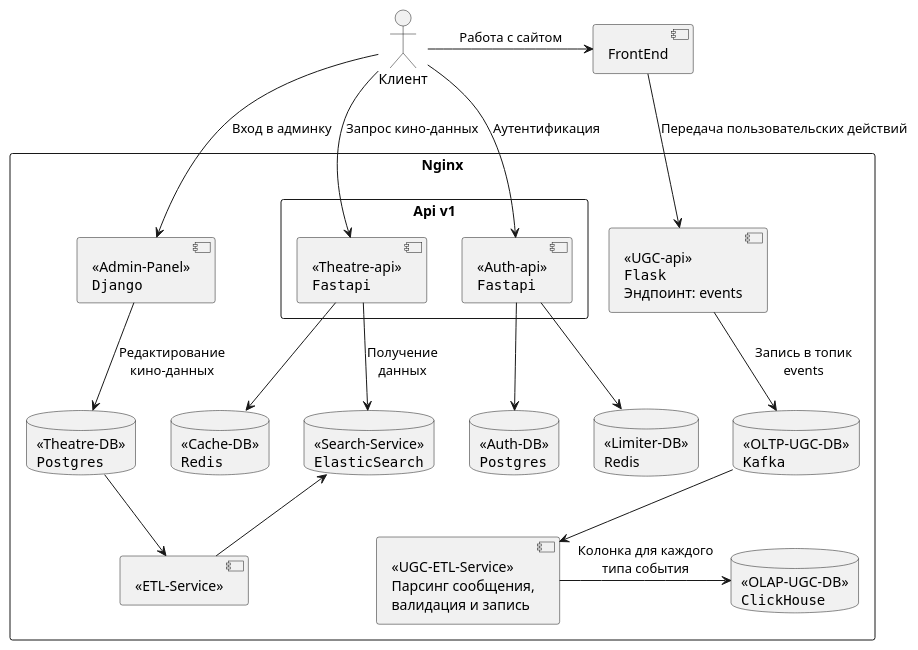
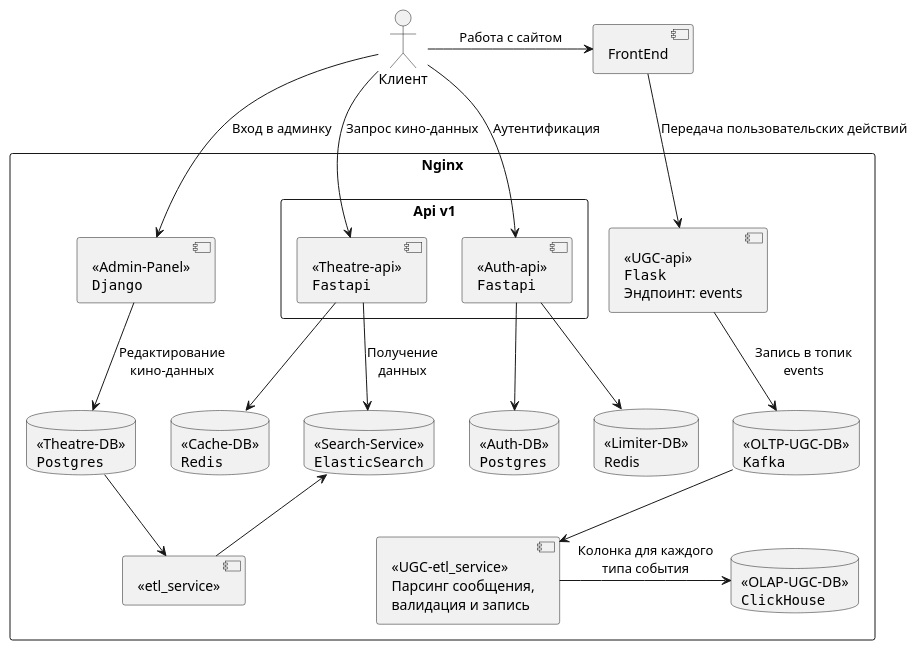
One commit to Garic-Che/ugc_team_3_sprint_2 changed the diagram in docs/to_be/main.wsd. Above: the diagram before and after it, drawn with PlantUML. The commit also changed 164 other files, not shown here.

```diff
--- a/docs/to_be/main.wsd
+++ b/docs/to_be/main.wsd
@@ -1,38 +1,38 @@
 @startuml Текущая архитектура
 skinparam componentStyle uml2
 actor Клиент as Client
 component "FrontEnd" as FrontEnd
 rectangle "Nginx" {
     component "<<Admin-Panel>>\n""Django""" as AdminPanel
-    component "<<ETL-Service>>" as ETLService
+    component "<<etl_service>>" as ETLService
     rectangle "Api v1" as ApiV1 {
         component "<<Theatre-api>>\n""Fastapi""" as TheatreApi
         component "<<Auth-api>>\n""Fastapi""" as AuthApi
     }
     database "<<Search-Service>>\n""ElasticSearch""" as SearchService
     database "<<Cache-DB>>\n""Redis""" as CacheDB
     database "<<Theatre-DB>>\n""Postgres""" as TheatreDB
     database "<<Auth-DB>>\n""Postgres""" as AuthDB
     database "<<Limiter-DB>>\nRedis" as LimiterDB
     component "<<UGC-api>>\n""Flask""\nЭндпоинт: events" as UGCApi
     database "<<OLTP-UGC-DB>>\n""Kafka""" as OLTP_UGC_DB
     database "<<OLAP-UGC-DB>>\n""ClickHouse""" as OLAP_UGC_DB
-    component "<<UGC-ETL-Service>>\nПарсинг сообщения,\nвалидация и запись" as UGC_ETL
+    component "<<UGC-etl_service>>\nПарсинг сообщения,\nвалидация и запись" as UGC_ETL
 }
 
 Client -down-> AdminPanel: Вход в админку
 Client -down-> TheatreApi: Запрос кино-данных
 Client -down-> AuthApi: Аутентификация
 Client -> FrontEnd: Работа с сайтом
 FrontEnd -down-> UGCApi: Передача пользовательских действий
 TheatreApi -down-> SearchService: Получение\nданных
 TheatreApi -down-> CacheDB
 AdminPanel -down-> TheatreDB: Редактирование\nкино-данных
 AuthApi -down-> AuthDB
 AuthApi -down-> LimiterDB
 TheatreDB -down-> ETLService
 ETLService -up-> SearchService
 UGCApi -down-> OLTP_UGC_DB: Запись в топик\nevents
 OLTP_UGC_DB -down-> UGC_ETL
 UGC_ETL -right-> OLAP_UGC_DB: Колонка для каждого\nтипа события
 @enduml
```
